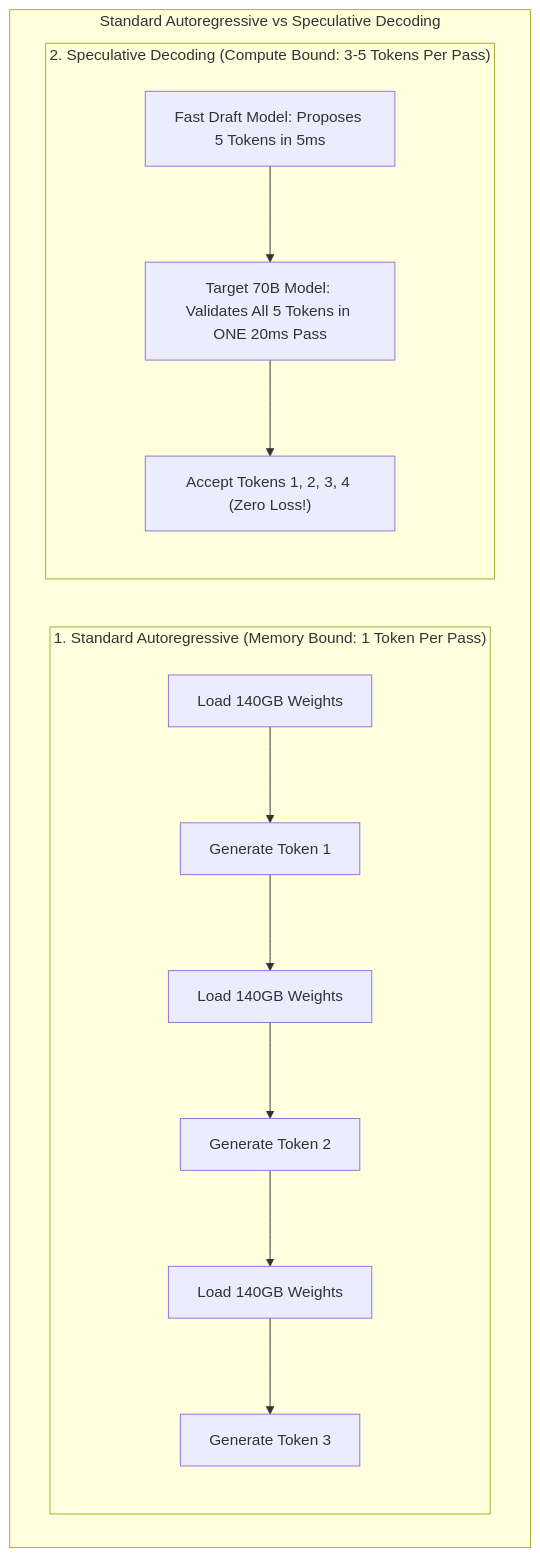
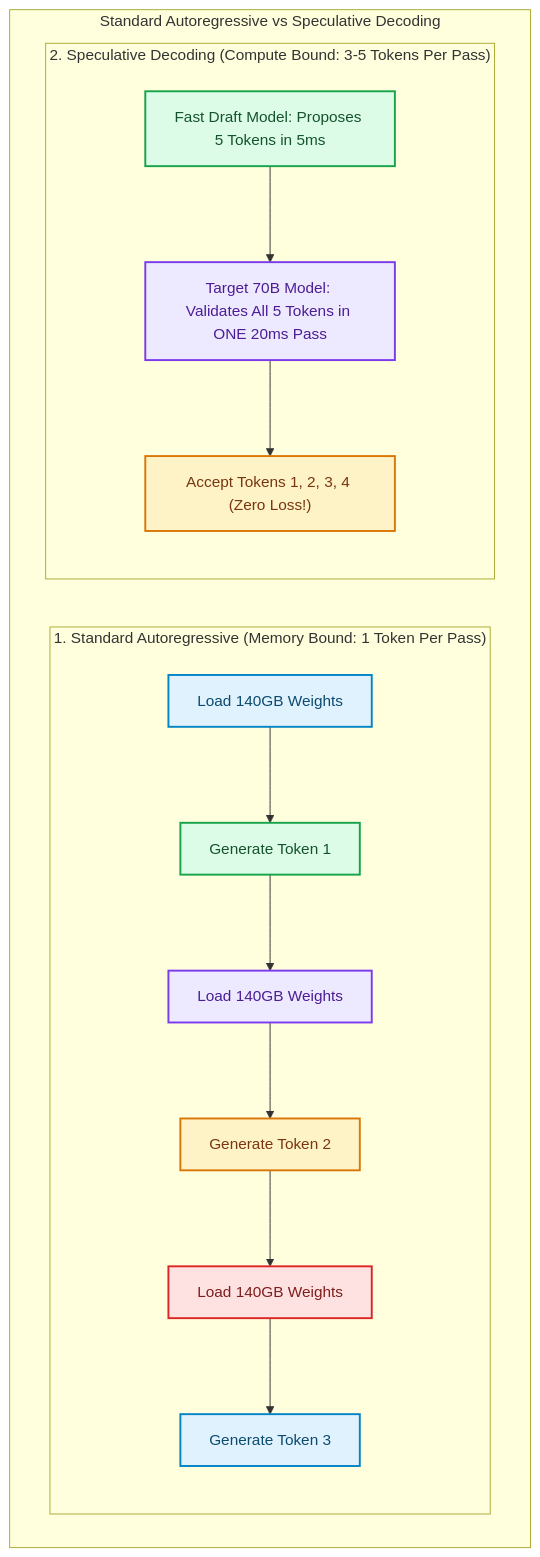
One commit to akmalkhaniub/akmalkhaniub.github.io changed the first of 4 diagrams in blog/posts/speculative-decoding-medusa-tree-attention-accelerating-llm-inference.md. Above: the diagram before and after it, drawn with Mermaid. The commit also changed other lines of this file and 1291 other files, not shown here.

First line of the commit message:
feat(catalog): unique covers, scholarly references, and diagram palettes

````diff
--- a/blog/posts/speculative-decoding-medusa-tree-attention-accelerating-llm-inference.md
+++ b/blog/posts/speculative-decoding-medusa-tree-attention-accelerating-llm-inference.md
@@ -11,15 +11,26 @@
 ```mermaid
 flowchart TD
   subgraph SG1_StandardAutoregressiveVs ["Standard Autoregressive vs Speculative Decoding"]
     subgraph SG2_1StandardAutoregressive ["1. Standard Autoregressive (Memory Bound: 1 Token Per Pass)"]
-      P1[Load 140GB Weights] --> T1[Generate Token 1]
-      T1 --> P2[Load 140GB Weights] --> T2[Generate Token 2]
-      T2 --> P3[Load 140GB Weights] --> T3[Generate Token 3]
+      P1["Load 140GB Weights"] --> T1["Generate Token 1"]
+      T1 --> P2["Load 140GB Weights"] --> T2["Generate Token 2"]
+      T2 --> P3["Load 140GB Weights"] --> T3["Generate Token 3"]
     end
 
     subgraph SG3_2SpeculativeDecoding ["2. Speculative Decoding (Compute Bound: 3-5 Tokens Per Pass)"]
-      Draft[Fast Draft Model: Proposes 5 Tokens in 5ms] --> ParallelTarget[Target 70B Model: Validates All 5 Tokens in ONE 20ms Pass]
+      Draft["Fast Draft Model: Proposes 5 Tokens in 5ms"] --> ParallelTarget["Target 70B Model: Validates All 5 Tokens in ONE 20ms Pass"]
       ParallelTarget --> Accept["Accept Tokens 1, 2, 3, 4 (Zero Loss!)"]
     end
   end
+
+classDef green fill:#dcfce7,stroke:#16a34a,stroke-width:2px,color:#14532d;
+classDef red fill:#fee2e2,stroke:#dc2626,stroke-width:2px,color:#7f1d1d;
+classDef blue fill:#e0f2fe,stroke:#0284c7,stroke-width:2px,color:#0c4a6e;
+classDef yellow fill:#fef3c7,stroke:#d97706,stroke-width:2px,color:#78350f;
+classDef purple fill:#ede9fe,stroke:#7c3aed,stroke-width:2px,color:#4c1d95;
+class P1,T3 blue
+class T1,Draft green
+class P2,ParallelTarget purple
+class T2,Accept yellow
+class P3 red
 ```
````
